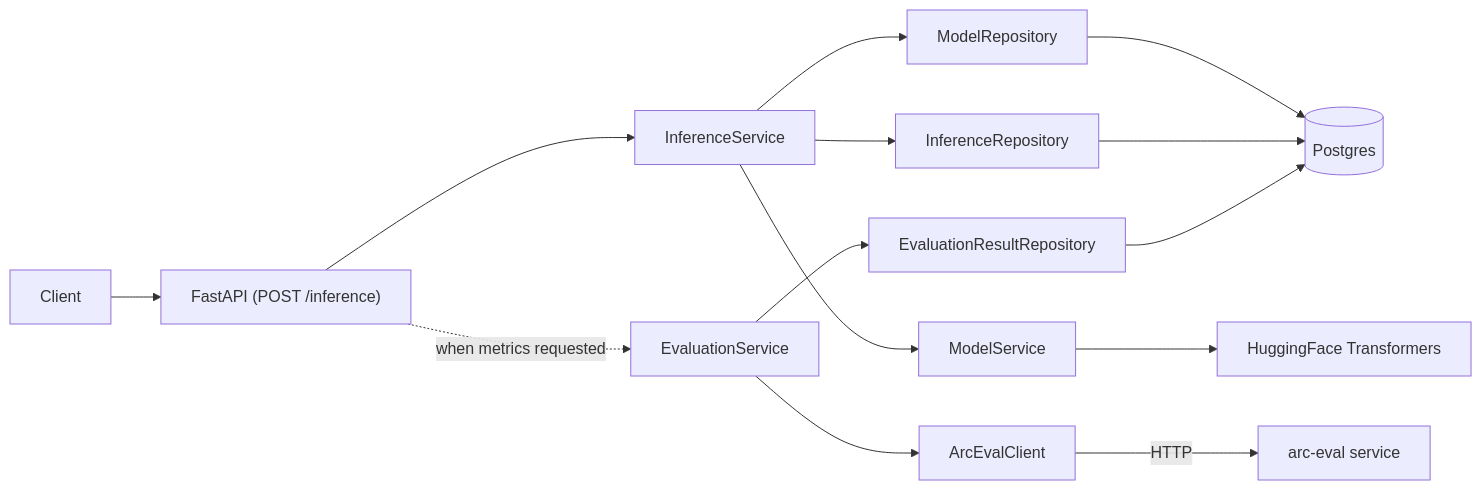
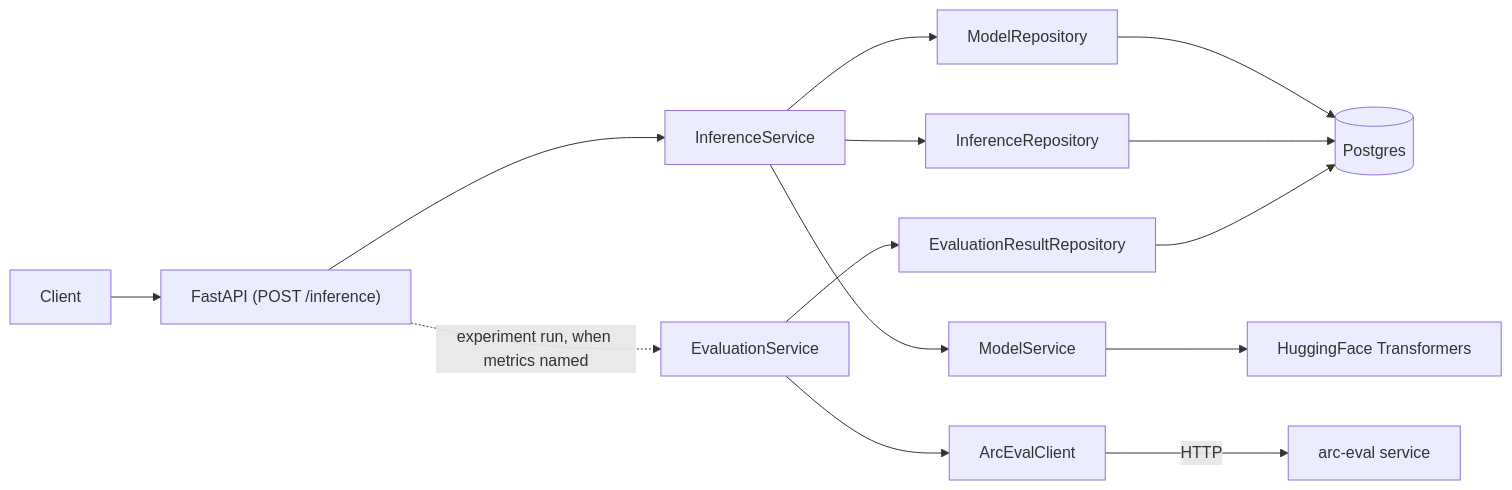
Before and after one commit to DimitarAtanassov/arc-model-lab: the first of 2 diagrams in docs/architecture.md, drawn with Mermaid. The commit also changed other lines of this file and 47 other files, not shown here.

````diff
--- a/docs/architecture.md
+++ b/docs/architecture.md
@@ -42,19 +42,19 @@
 ```mermaid
 flowchart LR
     Client[Client] --> API["FastAPI (POST /inference)"]
 
     API --> Inf[InferenceService]
     Inf --> Models[ModelRepository]
     Inf --> MS[ModelService]
     MS --> HF[HuggingFace Transformers]
     Inf --> InfRepo[InferenceRepository]
 
-    API -. "when metrics requested" .-> Eval[EvaluationService]
+    API -. "experiment run, when metrics named" .-> Eval[EvaluationService]
     Eval --> AEC[ArcEvalClient]
     AEC -->|HTTP| ArcEval[arc-eval service]
     Eval --> EvalRepo[EvaluationResultRepository]
 
     Models --> DB[(Postgres)]
     InfRepo --> DB
     EvalRepo --> DB
 ```
````
